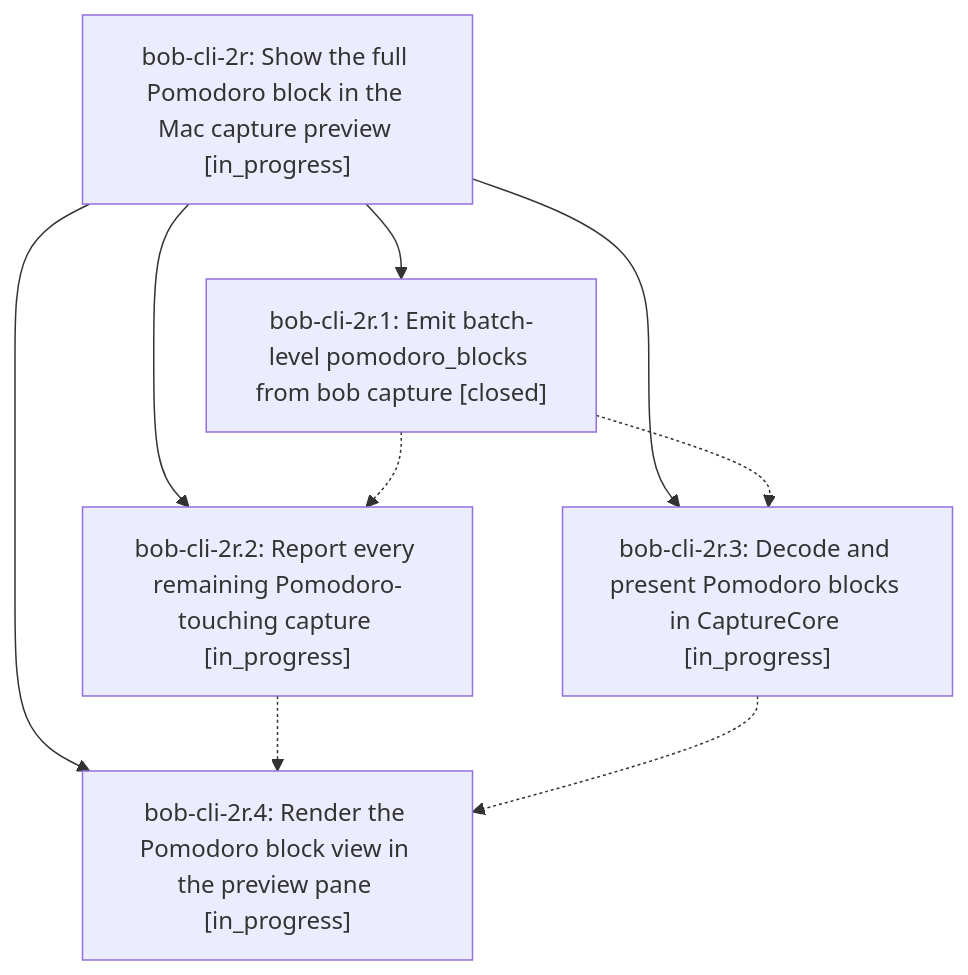
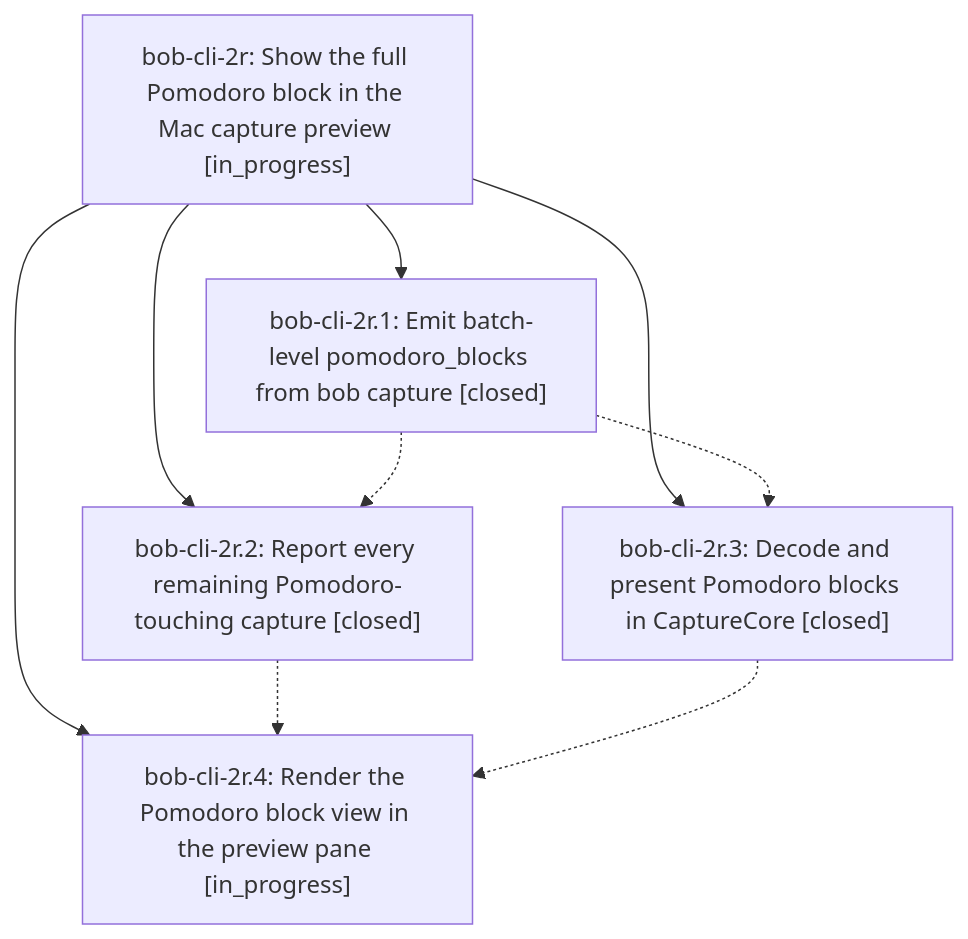
One commit to bobs-org/bob-cli--beads changed the diagram in pages/bob-cli-2r/README.md. Above: the diagram before and after it, drawn with Mermaid. The commit also changed other lines of this file and 4 other files, not shown here.

First line of the commit message:
chore(beads): sync bead state and pages for bob-cli-2r

````diff
--- a/pages/bob-cli-2r/README.md
+++ b/pages/bob-cli-2r/README.md
@@ -25,16 +25,16 @@
 ```mermaid
 flowchart TD
     n0["bob-cli-2r: Show the full Pomodoro block in the Mac capture preview [in_progress]"]
     n1["bob-cli-2r.1: Emit batch-level pomodoro_blocks from bob capture [closed]"]
-    n2["bob-cli-2r.2: Report every remaining Pomodoro-touching capture [in_progress]"]
-    n3["bob-cli-2r.3: Decode and present Pomodoro blocks in CaptureCore [in_progress]"]
+    n2["bob-cli-2r.2: Report every remaining Pomodoro-touching capture [closed]"]
+    n3["bob-cli-2r.3: Decode and present Pomodoro blocks in CaptureCore [closed]"]
     n4["bob-cli-2r.4: Render the Pomodoro block view in the preview pane [in_progress]"]
     n0 --> n1
     n0 --> n2
     n0 --> n3
     n0 --> n4
     n1 -.-> n2
     n1 -.-> n3
     n2 -.-> n4
     n3 -.-> n4
 ```
````
